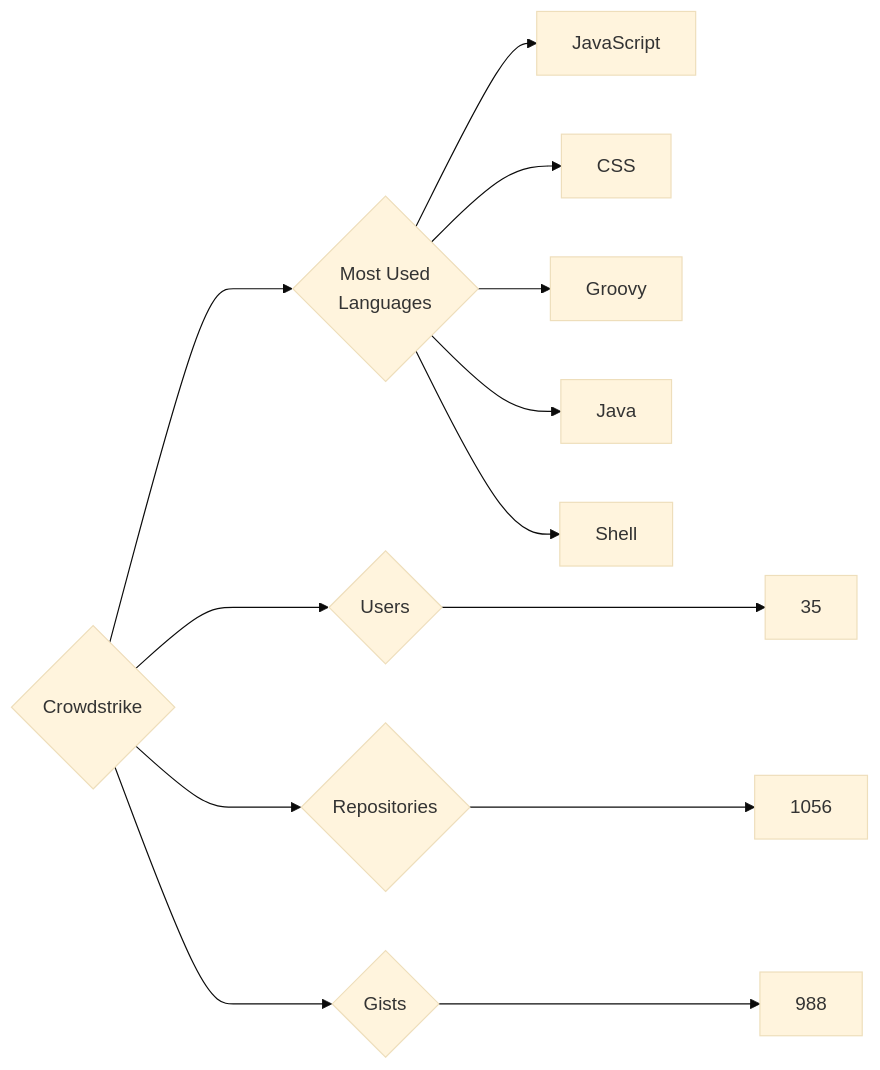
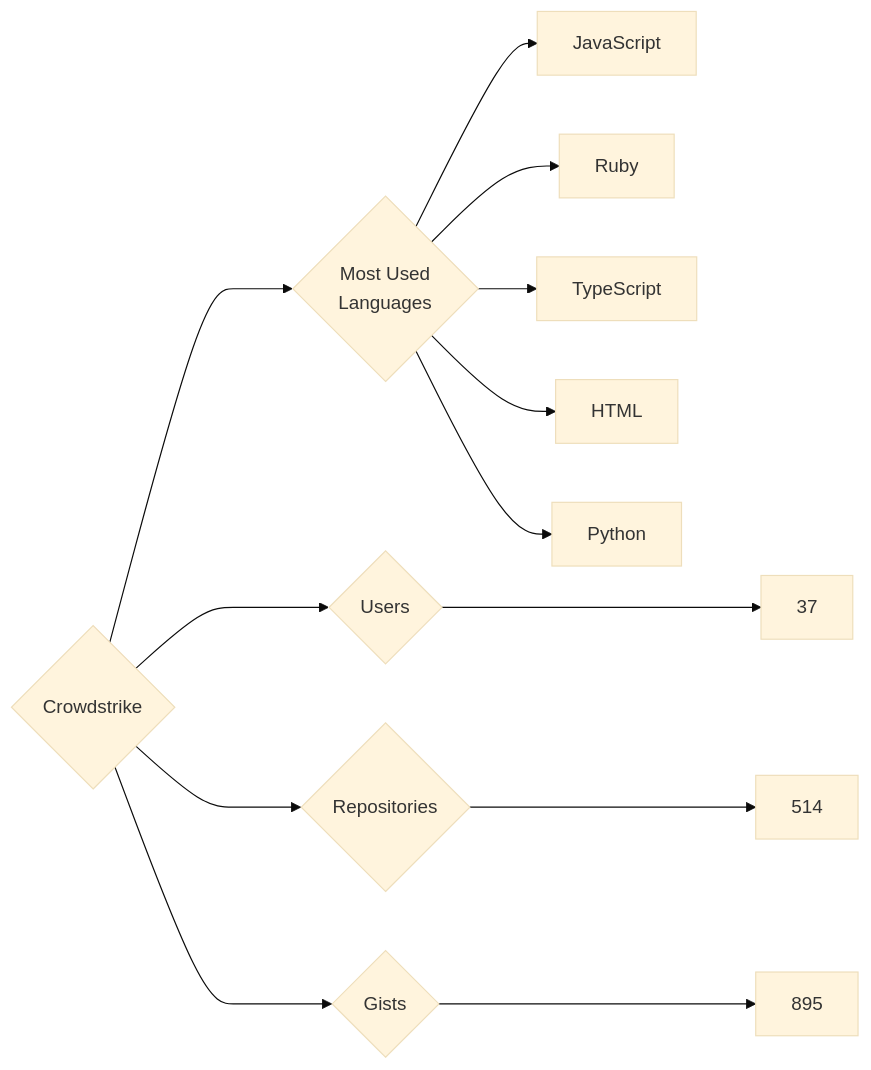
Before and after one commit to trickest/insiders: the diagram in targets/Crowdstrike/README.md, drawn with Mermaid (base theme). The commit also changed 847 other files, not shown here.

````diff
--- a/targets/Crowdstrike/README.md
+++ b/targets/Crowdstrike/README.md
@@ -3,13 +3,13 @@
 ```mermaid
 graph LR
 COMPANY_NAME{Crowdstrike}
-COMPANY_NAME ---> U{Users} ---> UN[35]
-COMPANY_NAME ---> R{Repositories} ---> RN[1056]
-COMPANY_NAME ---> G{Gists} ---> GN[988]
+COMPANY_NAME ---> U{Users} ---> UN[37]
+COMPANY_NAME ---> R{Repositories} ---> RN[514]
+COMPANY_NAME ---> G{Gists} ---> GN[895]
 COMPANY_NAME ---> ML{Most Used<br>Languages}
 ML --> JavaScript[JavaScript]
-ML --> CSS[CSS]
-ML --> Groovy[Groovy]
-ML --> Java[Java]
-ML --> Shell[Shell]
+ML --> Ruby[Ruby]
+ML --> TypeScript[TypeScript]
+ML --> HTML[HTML]
+ML --> Python[Python]
 ```
````
